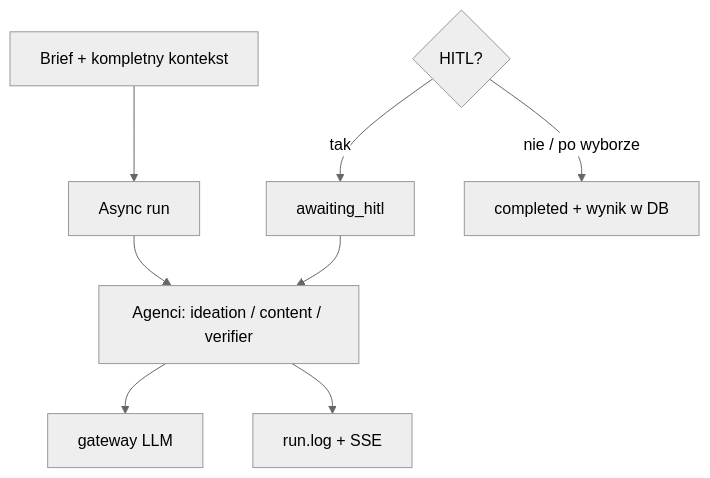
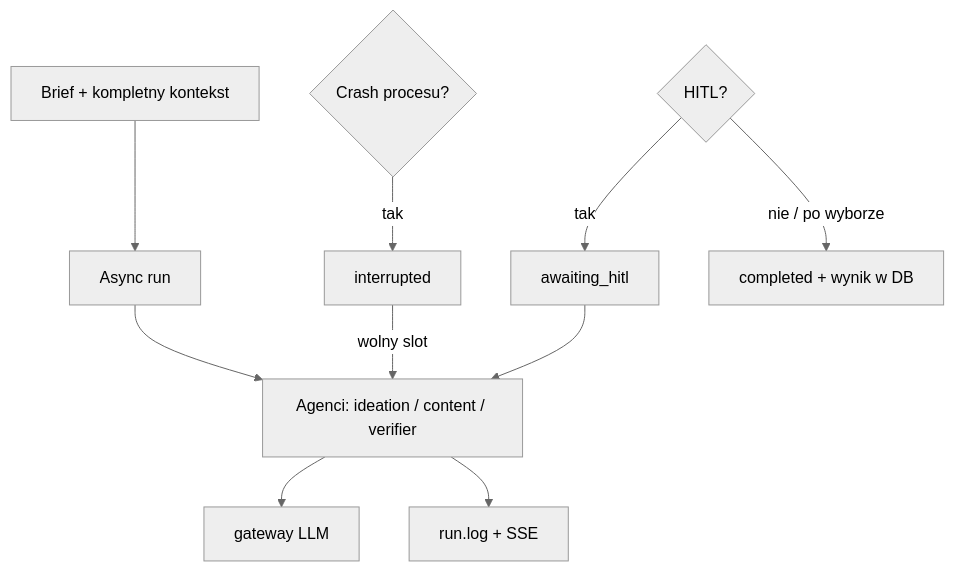
One commit to matej2314/content-chain changed the second of 2 diagrams in docs/README.md. Above: the diagram before and after it, drawn with Mermaid (neutral theme). The commit also changed 22 other files, not shown here.

````diff
--- a/docs/README.md
+++ b/docs/README.md
@@ -46,10 +46,12 @@
 ```mermaid
 flowchart TB
   Brief[Brief + kompletny kontekst] --> Run[Async run]
   Run --> Agents[Agenci: ideation / content / verifier]
   Agents --> GW[gateway LLM]
   Agents --> Logs[run.log + SSE]
+  Crash{Crash procesu?} -->|tak| Int[interrupted]
+  Int -->|wolny slot| Agents
   Hitl{HITL?} -->|tak| Pause[awaiting_hitl]
   Pause --> Agents
   Hitl -->|nie / po wyborze| Done[completed + wynik w DB]
 ```
````
